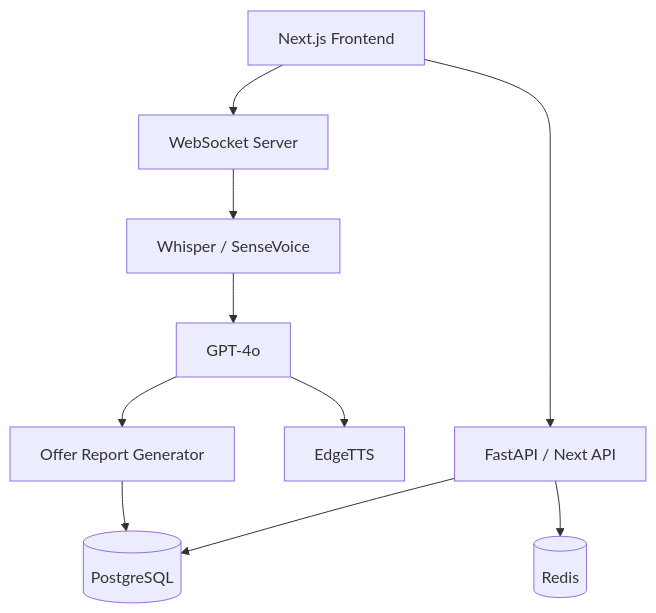
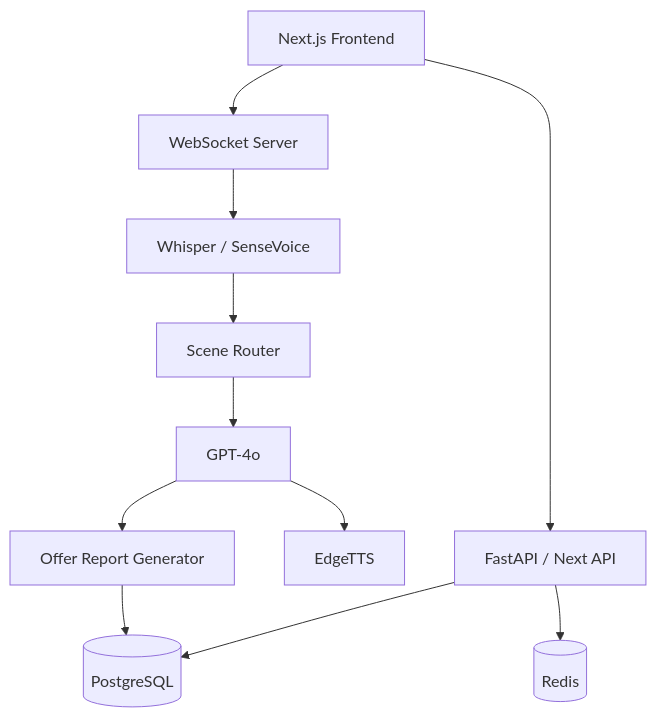
One commit to rockcj/qibiuyun changed the seventh of 9 diagrams in OfferGPT技术架构设计文档.md. Above: the diagram before and after it, drawn with Mermaid. The commit also changed other lines of this file, not shown here.

````diff
--- a/OfferGPT技术架构设计文档.md
+++ b/OfferGPT技术架构设计文档.md
@@ -1373,12 +1548,13 @@
 ```mermaid
 flowchart TB
     FE[Next.js Frontend] --> API[FastAPI / Next API]
     FE --> WS[WebSocket Server]
     WS --> ASR[Whisper / SenseVoice]
-    ASR --> LLM[GPT-4o]
+    ASR --> Scene[Scene Router]
+    Scene --> LLM[GPT-4o]
     LLM --> TTS[EdgeTTS]
     API --> DB[(PostgreSQL)]
     API --> Redis[(Redis)]
     LLM --> Report[Offer Report Generator]
     Report --> DB
 ```
````
